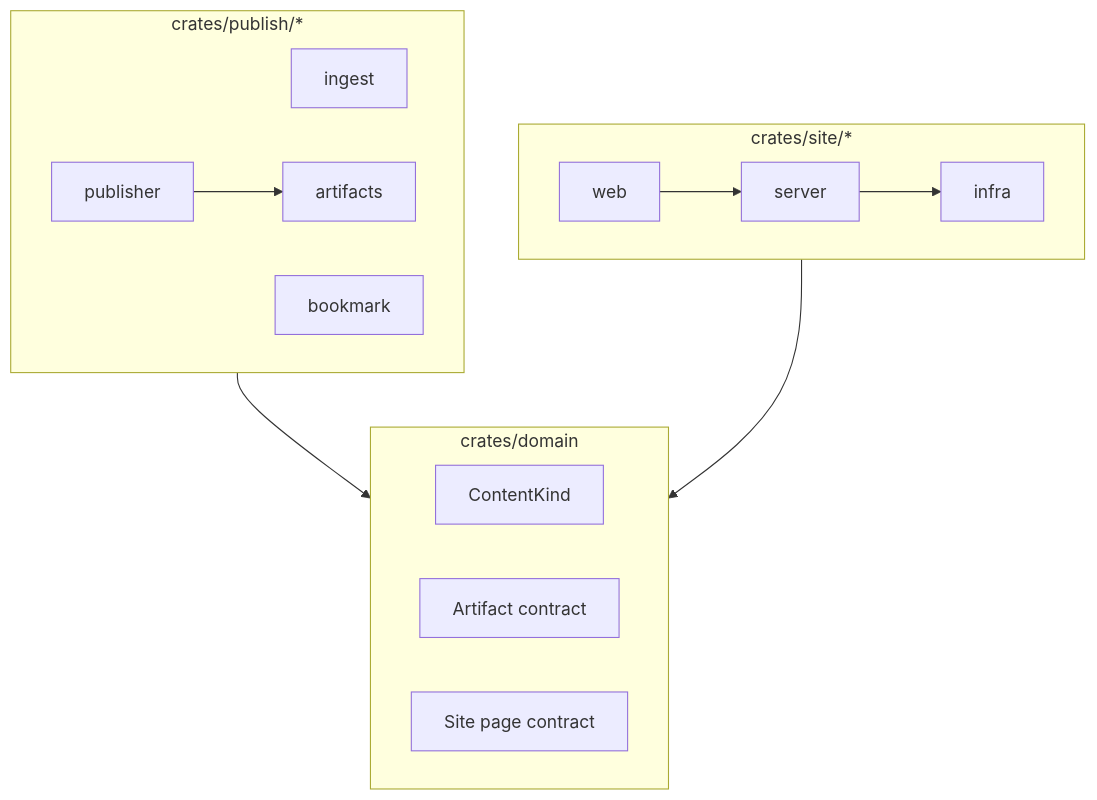
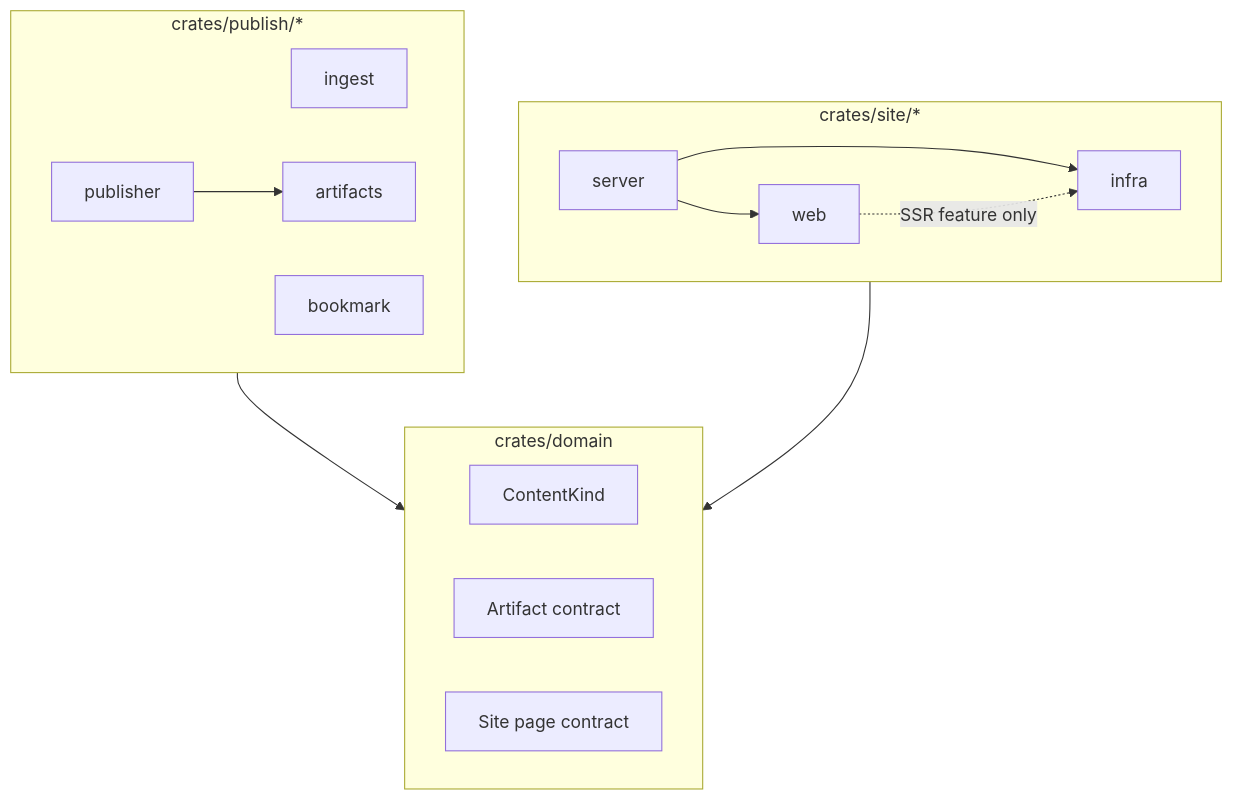
Before and after one commit to okawak/okawak_blog: the second of 4 diagrams in docs/architecture/architecture.md, drawn with Mermaid. The commit also changed other lines of this file and 4 other files, not shown here.

````diff
--- a/docs/architecture/architecture.md
+++ b/docs/architecture/architecture.md
@@ -94,27 +97,28 @@
 ```mermaid
 flowchart TB
     subgraph Domain["crates/domain"]
         D1[ContentKind]
         D2[Artifact contract]
         D3[Site page contract]
     end
 
     subgraph Publish["crates/publish/*"]
         P1[ingest]
         P2[bookmark]
         P3[publisher]
         P4[artifacts]
     end
 
     subgraph Site["crates/site/*"]
         S1[infra]
         S2[server]
         S3[web]
     end
 
     Publish --> Domain
     Site --> Domain
     P3 --> P4
     S2 --> S1
-    S3 --> S2
+    S2 --> S3
+    S3 -. "SSR feature only" .-> S1
 ```
````
